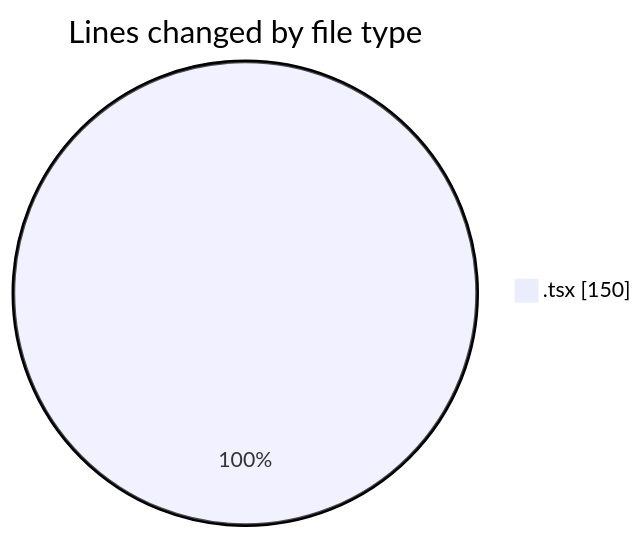
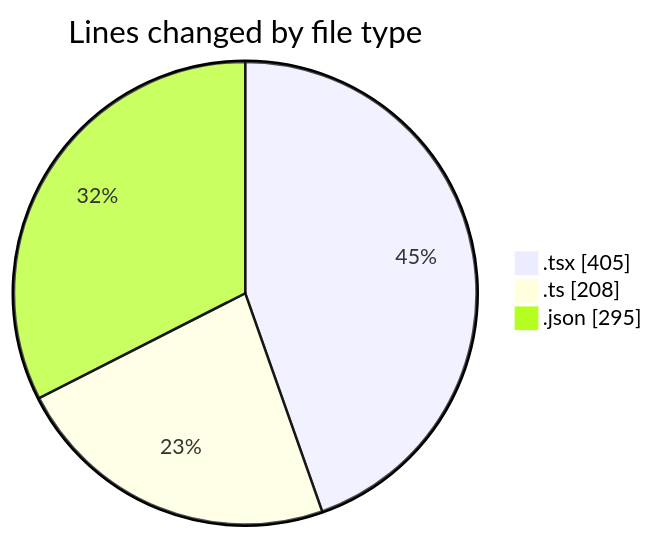
Before and after one commit to julien-gomy/code-tracking: the first of 2 diagrams in 2025-10-09/eventscop-frontend-guide__workspace_/README.md, drawn with Mermaid. The commit also changed other lines of this file and 1 other file, not shown here.

````diff
--- a/2025-10-09/eventscop-frontend-guide__workspace_/README.md
+++ b/2025-10-09/eventscop-frontend-guide__workspace_/README.md
@@ -21,5 +25,7 @@
 ```mermaid
 pie showData
 title Lines changed by file type
-".tsx" : 150
+".tsx" : 405
+".ts" : 208
+".json" : 295
 ```
````
